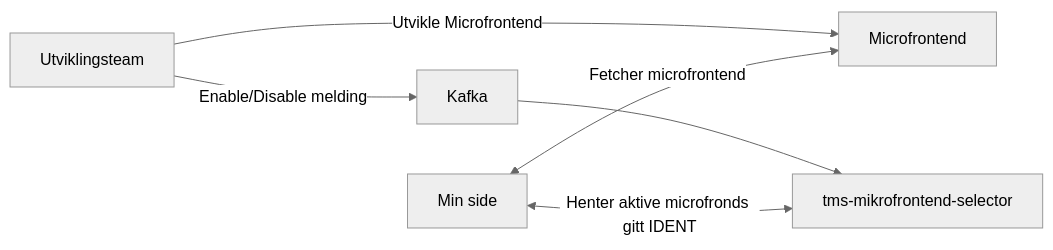
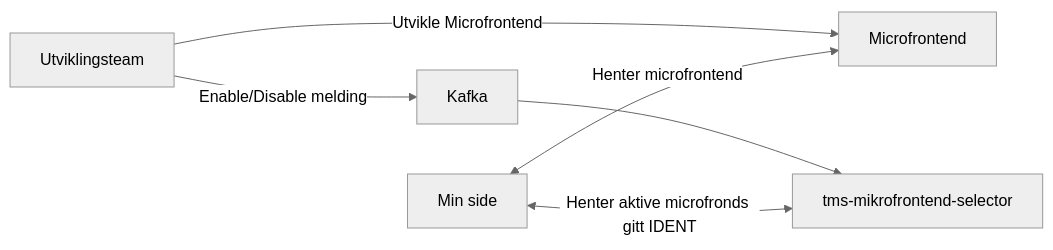
The diagram in howto.md (navikt/tms-mikrofrontend-selector), drawn with Mermaid (neutral theme) before and after one commit.

Commit message:
hent vs fetch

````diff
--- a/howto.md
+++ b/howto.md
@@ -9,8 +9,8 @@
 ```mermaid
 graph LR
     A[Utviklingsteam] -- Utvikle Microfrontend --> B[Microfrontend]
     A -- Enable/Disable melding --> D[Kafka]
     D --> E[tms-mikrofrontend-selector]
     F[Min side] <-- Henter aktive microfronds gitt IDENT --> E
-    F <-- Fetcher microfrontend --> B
+    F <-- Henter microfrontend --> B
 ```
````
